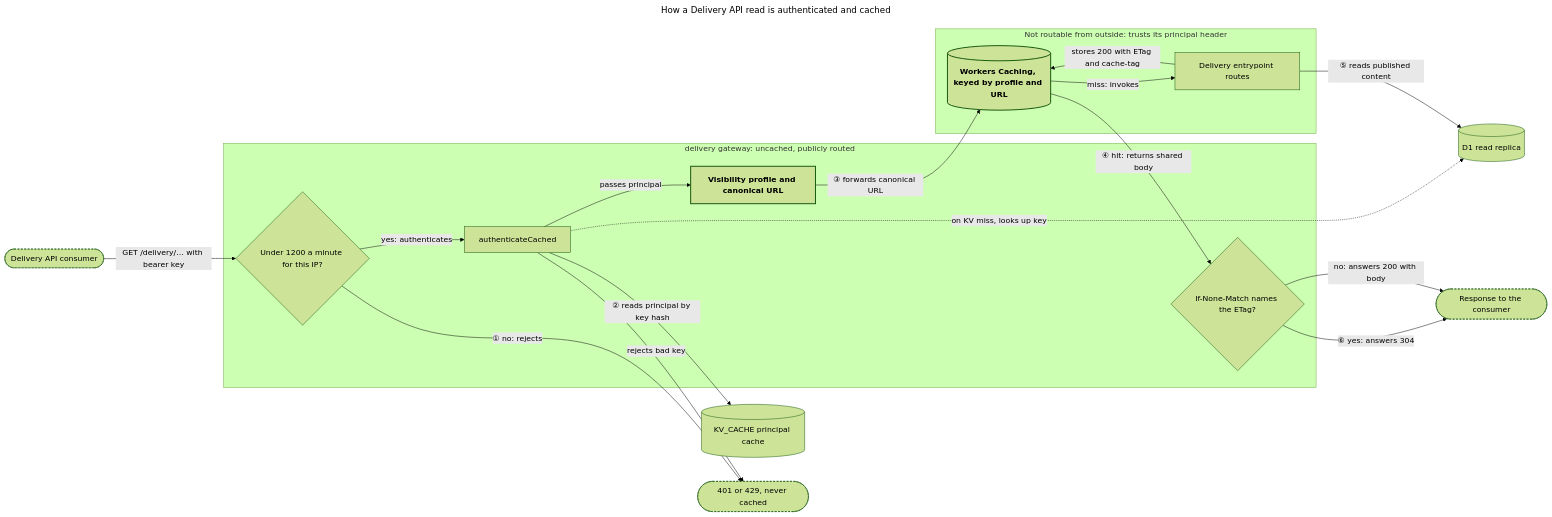
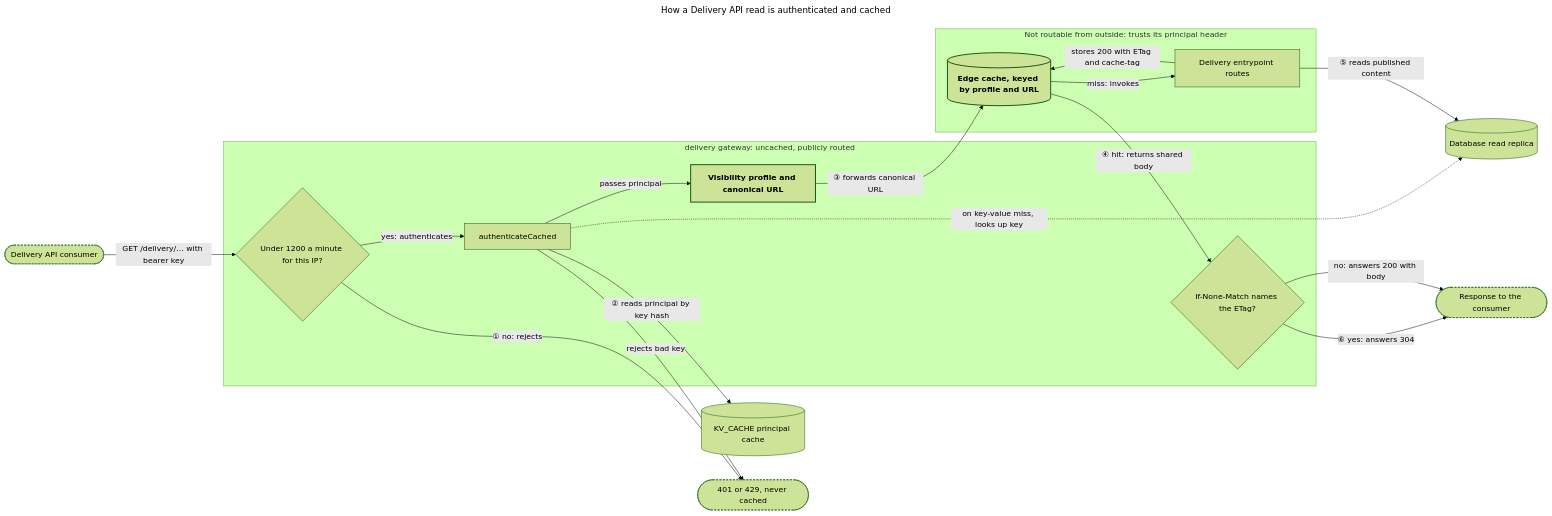
One commit to contentworker/contentworker changed the diagram in docs/diagrams/reference-architecture/delivery-read.mmd. Above: the diagram before and after it, drawn with Mermaid (forest theme). The commit also changed 29 other files, not shown here.

First line of the commit message:
docs: describe the platform as edge workers, not by vendor product

```diff
--- a/docs/diagrams/reference-architecture/delivery-read.mmd
+++ b/docs/diagrams/reference-architecture/delivery-read.mmd
@@ -1,45 +1,45 @@
 ---
 title: How a Delivery API read is authenticated and cached
 ---
 flowchart LR
     accTitle: How a Delivery API read is authenticated and cached
-    accDescr: A Delivery API GET at cdn.{domain} reaches the delivery Worker's uncached gateway, which first rate-limits the client IP to 1200 requests a minute ①. It then authenticates the CDA or CPA key on every request: the principal is read from KV_CACHE by the key's peppered hash, and only on a KV miss is the key looked up on a D1 read replica and the principal cached for up to 60 seconds under the principals tag for its space ②. A bad key or a rate-limited client gets a 401 or 429 that is never cached. The gateway reduces the principal to a visibility profile, a hash of space, key kind, sorted scopes and content grants, and forwards a canonical URL built from that profile, the path and the sorted query, with the principal in an internal header ③. Workers Caching in front of the Delivery entrypoint answers a hit with the body every reader of that profile shares ④; on a miss the entrypoint runs the delivery routes against a D1 read replica and returns a 200 with a strong ETag and the environment's cache-tag, which the cache stores ⑤. Back in the gateway, an If-None-Match that names the ETag gets a 304, and anything else gets the body ⑥.
+    accDescr: A Delivery API GET at cdn.{domain} reaches the delivery worker's uncached gateway, which first rate-limits the client IP to 1200 requests a minute ①. It then authenticates the CDA or CPA key on every request: the principal is read from KV_CACHE by the key's peppered hash, and only on a key-value miss is the key looked up on a database read replica and the principal cached for up to 60 seconds under the principals tag for its space ②. A bad key or a rate-limited client gets a 401 or 429 that is never cached. The gateway reduces the principal to a visibility profile, a hash of space, key kind, sorted scopes and content grants, and forwards a canonical URL built from that profile, the path and the sorted query, with the principal in an internal header ③. The edge cache in front of the Delivery entrypoint answers a hit with the body every reader of that profile shares ④; on a miss the entrypoint runs the delivery routes against a database read replica and returns a 200 with a strong ETag and the environment's cache-tag, which the cache stores ⑤. Back in the gateway, an If-None-Match that names the ETag gets a 304, and anything else gets the body ⑥.
 
     Consumer([Delivery API consumer]):::external
 
     subgraph Gateway["delivery gateway: uncached, publicly routed"]
         Limit{Under 1200 a minute for this IP?}
         Auth[authenticateCached]
         Profile[Visibility profile and canonical URL]:::focal
         Cond{If-None-Match names the ETag?}
     end
 
     subgraph Internal["Not routable from outside: trusts its principal header"]
-        Cache[(Workers Caching, keyed by profile and URL)]:::focal
+        Cache[(Edge cache, keyed by profile and URL)]:::focal
         DEnt[Delivery entrypoint routes]:::primary
     end
 
     KV[(KV_CACHE principal cache)]:::store
-    D1R[(D1 read replica)]:::store
+    D1R[(Database read replica)]:::store
     Reject([401 or 429, never cached]):::external
     Answer([Response to the consumer]):::external
 
     Consumer -->|"GET /delivery/… with bearer key"| Limit
     Limit -->|"① no: rejects"| Reject
     Limit -->|yes: authenticates| Auth
     Auth -->|"② reads principal by key hash"| KV
-    Auth -.->|on KV miss, looks up key| D1R
+    Auth -.->|on key-value miss, looks up key| D1R
     Auth -->|rejects bad key| Reject
     Auth -->|passes principal| Profile
     Profile -->|"③ forwards canonical URL"| Cache
     Cache -->|"④ hit: returns shared body"| Cond
     Cache -->|"miss: invokes"| DEnt
     DEnt -->|"⑤ reads published content"| D1R
     DEnt -->|stores 200 with ETag and cache-tag| Cache
     Cond -->|"⑥ yes: answers 304"| Answer
     Cond -->|no: answers 200 with body| Answer
 
     classDef focal    stroke-width:2px,font-weight:bold
     classDef primary  stroke-width:1px
     classDef external stroke-width:1px,stroke-dasharray:4 3
     classDef store    stroke-width:1px
```
